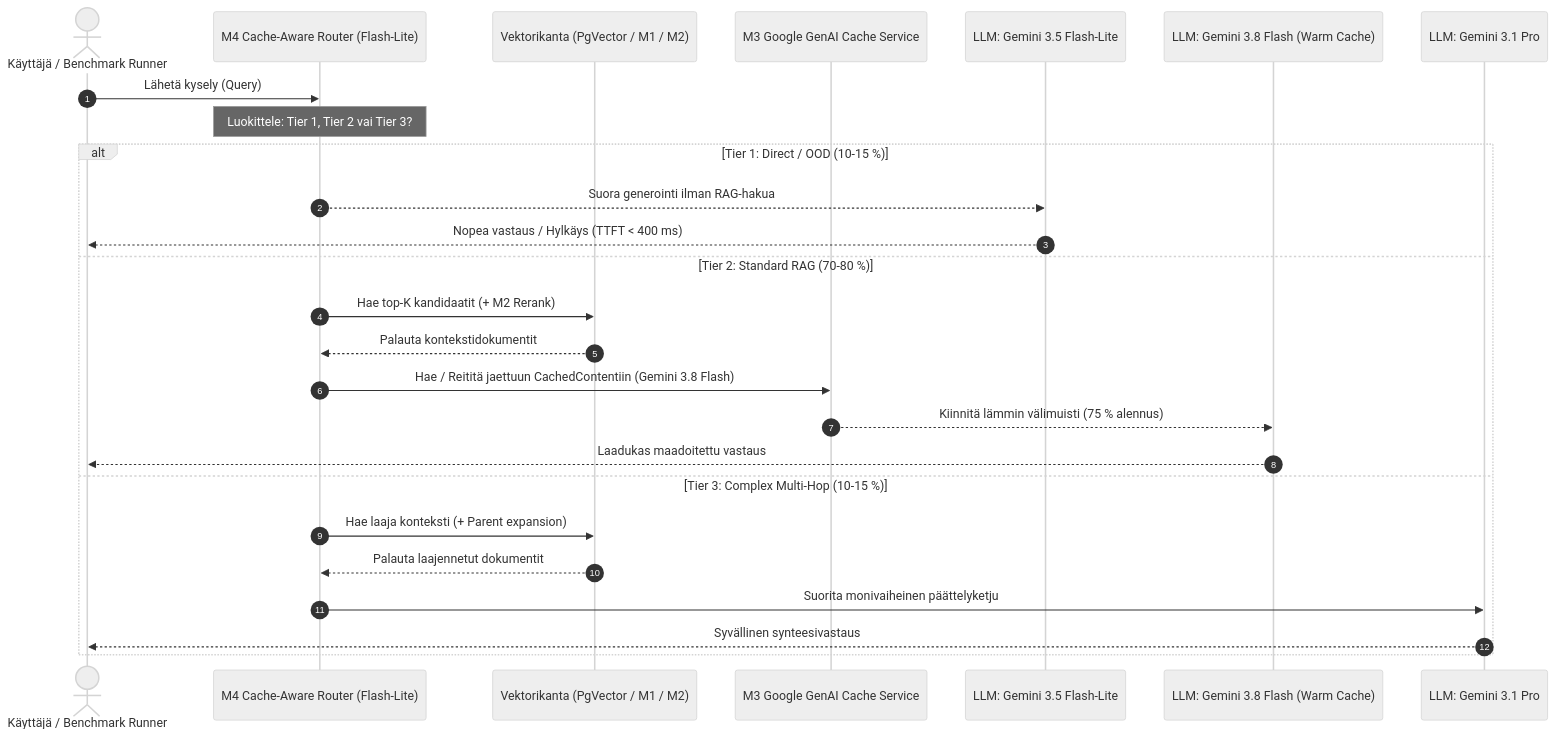
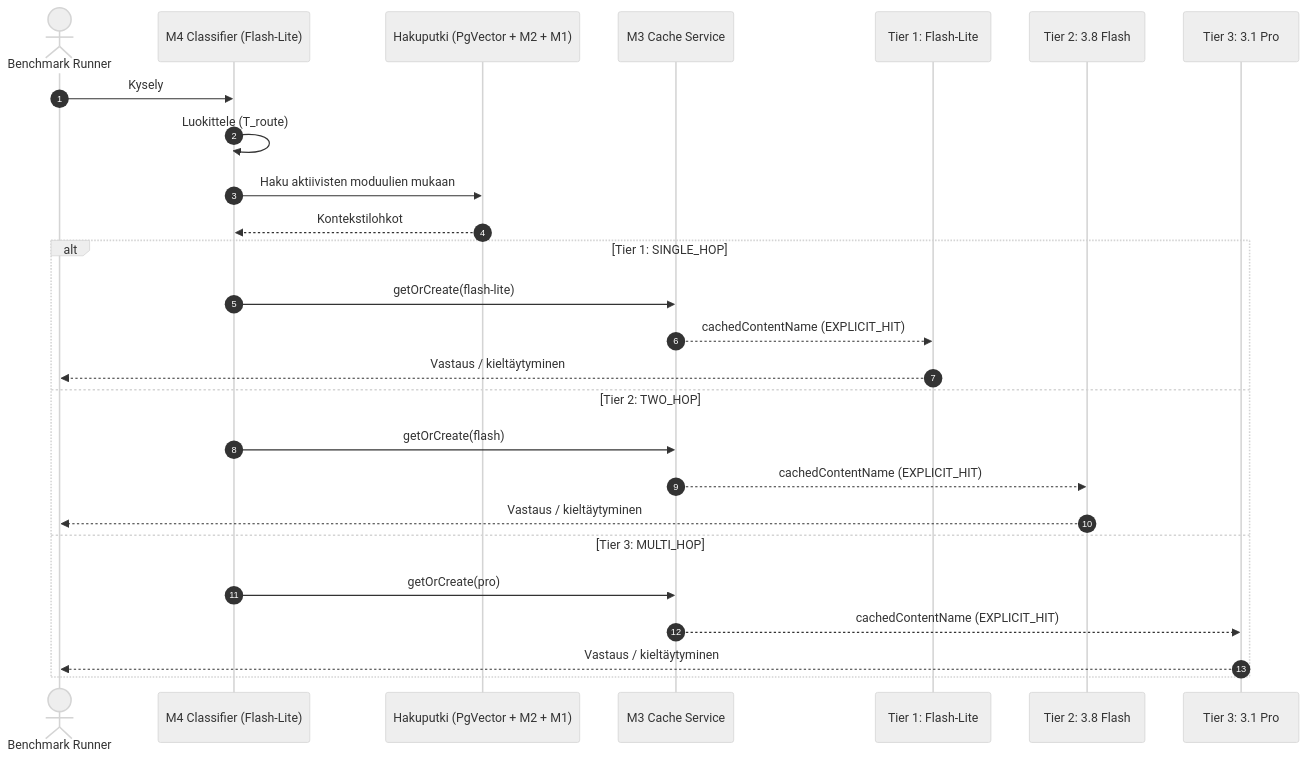
Before and after one commit to eitsei/masters-thesis: the diagram in STRATEGY_CACHE_AWARE_ROUTING.md, drawn with Mermaid (neutral theme). The commit also changed other lines of this file and 65 other files, not shown here.

````diff
--- a/STRATEGY_CACHE_AWARE_ROUTING.md
+++ b/STRATEGY_CACHE_AWARE_ROUTING.md
@@ -58,30 +95,30 @@
 ```mermaid
 sequenceDiagram
     autonumber
-    actor User as Käyttäjä / Benchmark Runner
-    participant Router as M4 Cache-Aware Router (Flash-Lite)
-    participant VStore as Vektorikanta (PgVector / M1 / M2)
-    participant Cache as M3 Google GenAI Cache Service
-    participant Lite as LLM: Gemini 3.5 Flash-Lite
-    participant Flash as LLM: Gemini 3.8 Flash (Warm Cache)
-    participant Pro as LLM: Gemini 3.1 Pro
+    actor User as Benchmark Runner
+    participant Router as M4 Classifier (Flash-Lite)
+    participant Pipe as Hakuputki (PgVector + M2 + M1)
+    participant Cache as M3 Cache Service
+    participant Lite as Tier 1: Flash-Lite
+    participant Flash as Tier 2: 3.8 Flash
+    participant Pro as Tier 3: 3.1 Pro
 
-    User->>Router: Lähetä kysely (Query)
-    Note over Router: Luokittele: Tier 1, Tier 2 vai Tier 3?
-    
-    alt Tier 1: Direct / OOD (10-15 %)
-        Router-->>Lite: Suora generointi ilman RAG-hakua
-        Lite-->>User: Nopea vastaus / Hylkäys (TTFT < 400 ms)
-    else Tier 2: Standard RAG (70-80 %)
-        Router->>VStore: Hae top-K kandidaatit (+ M2 Rerank)
-        VStore-->>Router: Palauta kontekstidokumentit
-        Router->>Cache: Hae / Reititä jaettuun CachedContentiin (Gemini 3.8 Flash)
-        Cache-->>Flash: Kiinnitä lämmin välimuisti (75 % alennus)
-        Flash-->>User: Laadukas maadoitettu vastaus
-    else Tier 3: Complex Multi-Hop (10-15 %)
-        Router->>VStore: Hae laaja konteksti (+ Parent expansion)
-        VStore-->>Router: Palauta laajennetut dokumentit
-        Router->>Pro: Suorita monivaiheinen päättelyketju
-        Pro-->>User: Syvällinen synteesivastaus
+    User->>Router: Kysely
+    Router->>Router: Luokittele (T_route)
+    Router->>Pipe: Haku aktiivisten moduulien mukaan
+    Pipe-->>Router: Kontekstilohkot
+
+    alt Tier 1: SINGLE_HOP
+        Router->>Cache: getOrCreate(flash-lite)
+        Cache-->>Lite: cachedContentName (EXPLICIT_HIT)
+        Lite-->>User: Vastaus / kieltäytyminen
+    else Tier 2: TWO_HOP
+        Router->>Cache: getOrCreate(flash)
+        Cache-->>Flash: cachedContentName (EXPLICIT_HIT)
+        Flash-->>User: Vastaus / kieltäytyminen
+    else Tier 3: MULTI_HOP
+        Router->>Cache: getOrCreate(pro)
+        Cache-->>Pro: cachedContentName (EXPLICIT_HIT)
+        Pro-->>User: Vastaus / kieltäytyminen
     end
 ```
````
